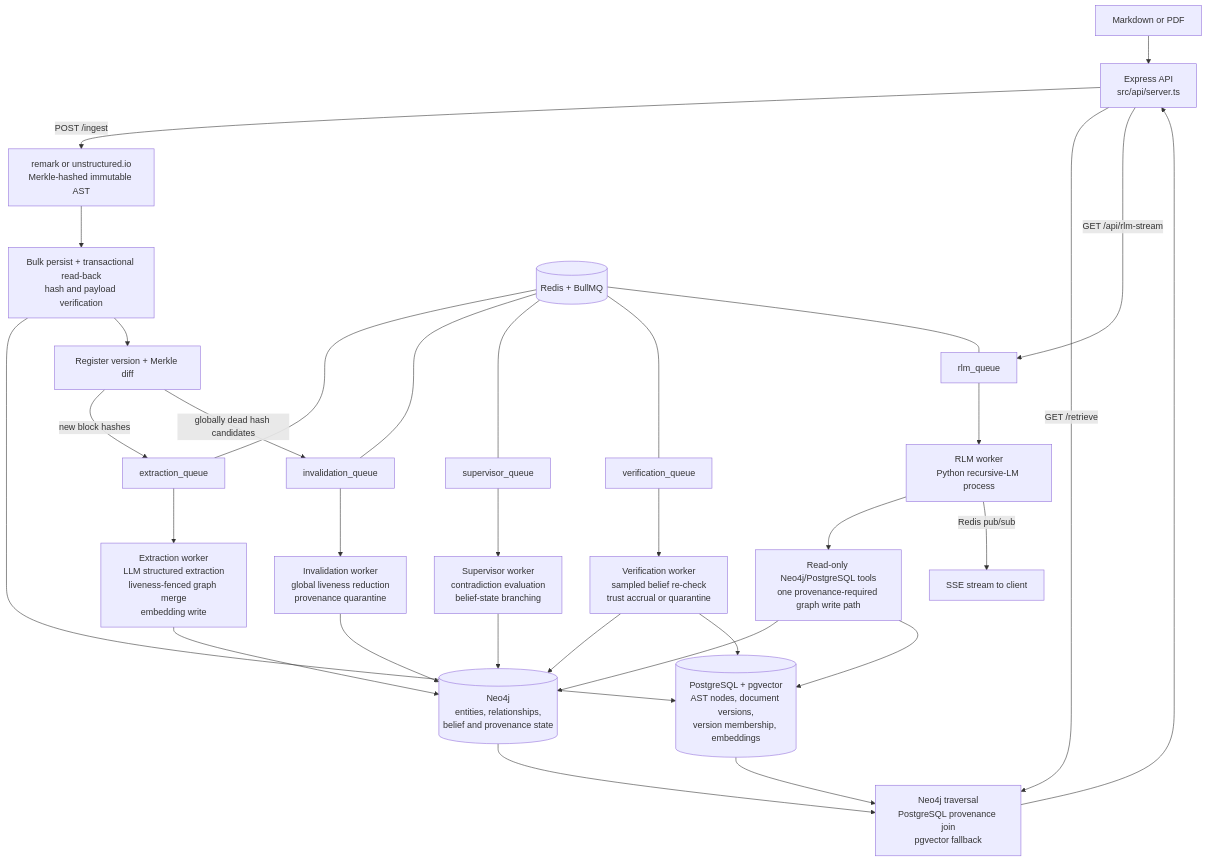
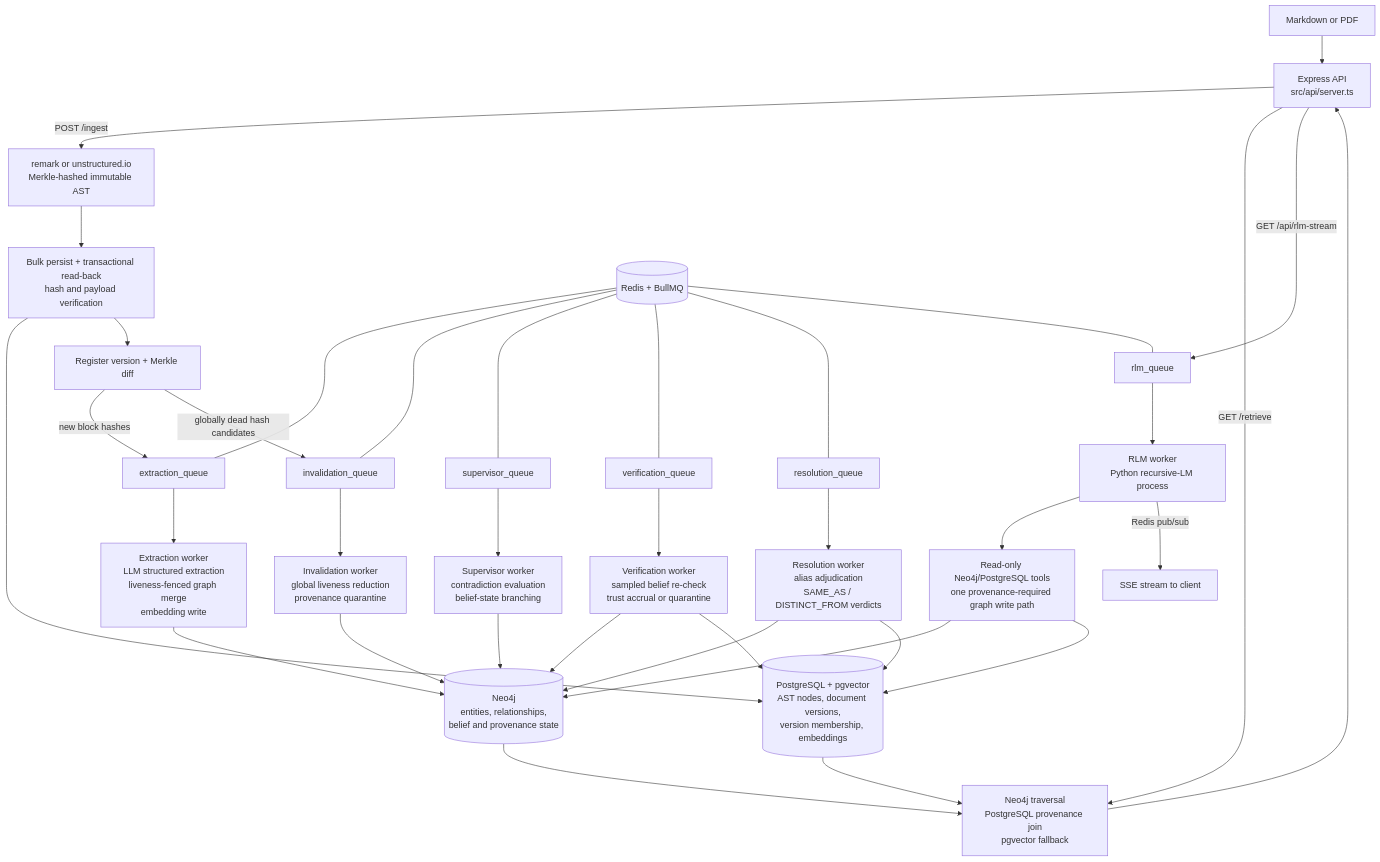
One commit to OpenCnid/trellis changed the diagram in TRELLIS_ROADMAP.md. Above: the diagram before and after it, drawn with Mermaid. The commit also changed other lines of this file and 24 other files, not shown here.

````diff
--- a/TRELLIS_ROADMAP.md
+++ b/TRELLIS_ROADMAP.md
@@ -15,40 +15,44 @@
 ```mermaid
 flowchart TD
     Input["Markdown or PDF"] --> API["Express API<br/>src/api/server.ts"]
 
     API -->|"POST /ingest"| Parse["remark or unstructured.io<br/>Merkle-hashed immutable AST"]
     Parse --> Verify["Bulk persist + transactional read-back<br/>hash and payload verification"]
     Verify --> PG[("PostgreSQL + pgvector<br/>AST nodes, document versions,<br/>version membership, embeddings")]
     Verify --> Diff["Register version + Merkle diff"]
     Diff -->|"new block hashes"| EQ["extraction_queue"]
     Diff -->|"globally dead hash candidates"| IQ["invalidation_queue"]
 
     EQ --> EW["Extraction worker<br/>LLM structured extraction<br/>liveness-fenced graph merge<br/>embedding write"]
     IQ --> IW["Invalidation worker<br/>global liveness reduction<br/>provenance quarantine"]
     EW --> Neo[("Neo4j<br/>entities, relationships,<br/>belief and provenance state")]
     IW --> Neo
 
     SQ["supervisor_queue"] --> SW["Supervisor worker<br/>contradiction evaluation<br/>belief-state branching"]
     VQ["verification_queue"] --> VW["Verification worker<br/>sampled belief re-check<br/>trust accrual or quarantine"]
+    RSQ["resolution_queue"] --> RSW["Resolution worker<br/>alias adjudication<br/>SAME_AS / DISTINCT_FROM verdicts"]
     SW --> Neo
     VW --> Neo
     VW --> PG
+    RSW --> Neo
+    RSW --> PG
 
     API -->|"GET /retrieve"| Retrieve["Neo4j traversal<br/>PostgreSQL provenance join<br/>pgvector fallback"]
     Neo --> Retrieve
     PG --> Retrieve
     Retrieve --> API
 
     API -->|"GET /api/rlm-stream"| RQ["rlm_queue"]
     RQ --> RW["RLM worker<br/>Python recursive-LM process"]
     RW --> Tools["Read-only Neo4j/PostgreSQL tools<br/>one provenance-required graph write path"]
     Tools --> Neo
     Tools --> PG
     RW -->|"Redis pub/sub"| SSE["SSE stream to client"]
 
     Redis[("Redis + BullMQ")] --- EQ
     Redis --- IQ
     Redis --- SQ
     Redis --- VQ
+    Redis --- RSQ
     Redis --- RQ
 ```
````
